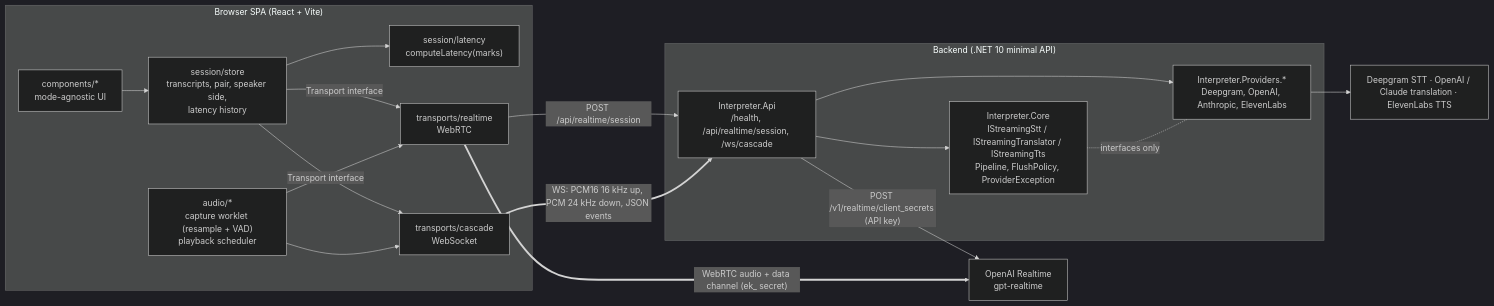
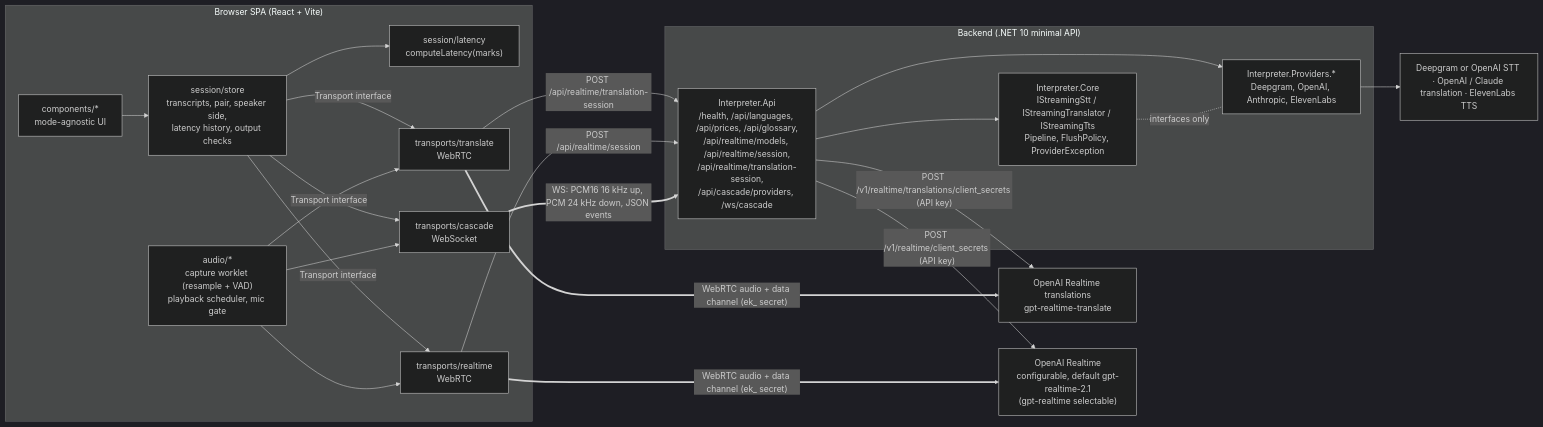
One commit to paawandesai/boostlingo-interpreter changed the first of 4 diagrams in docs/ARCHITECTURE.md. Above: the diagram before and after it, drawn with Mermaid (dark theme). The commit also changed other lines of this file, not shown here.

First line of the commit message:
docs(architecture): three transports, the translation-session route and the real Transport interface

````diff
--- a/docs/ARCHITECTURE.md
+++ b/docs/ARCHITECTURE.md
@@ -7,32 +12,38 @@
 ```mermaid
 flowchart LR
   subgraph Browser["Browser SPA (React + Vite)"]
     UI["components/*<br/>mode-agnostic UI"]
-    Store["session/store<br/>transcripts, pair, speaker side,<br/>latency history"]
+    Store["session/store<br/>transcripts, pair, speaker side,<br/>latency history, output checks"]
     Calc["session/latency<br/>computeLatency(marks)"]
-    Audio["audio/*<br/>capture worklet (resample + VAD)<br/>playback scheduler"]
+    Audio["audio/*<br/>capture worklet (resample + VAD)<br/>playback scheduler, mic gate"]
+    TT["transports/translate<br/>WebRTC"]
     RT["transports/realtime<br/>WebRTC"]
     CT["transports/cascade<br/>WebSocket"]
     UI --> Store
     Store --> Calc
+    Store -- "Transport interface" --> TT
     Store -- "Transport interface" --> RT
     Store -- "Transport interface" --> CT
+    Audio --> TT
     Audio --> RT
     Audio --> CT
   end
 
   subgraph Server["Backend (.NET 10 minimal API)"]
-    Api["Interpreter.Api<br/>/health, /api/realtime/session, /ws/cascade"]
+    Api["Interpreter.Api<br/>/health, /api/languages, /api/prices, /api/glossary,<br/>/api/realtime/models, /api/realtime/session,<br/>/api/realtime/translation-session,<br/>/api/cascade/providers, /ws/cascade"]
     Core["Interpreter.Core<br/>IStreamingStt / IStreamingTranslator / IStreamingTts<br/>Pipeline, FlushPolicy, ProviderException"]
     Prov["Interpreter.Providers.*<br/>Deepgram, OpenAI, Anthropic, ElevenLabs"]
     Api --> Core
     Api --> Prov
     Core -. "interfaces only" .- Prov
   end
 
+  TT -- "POST /api/realtime/translation-session" --> Api
   RT -- "POST /api/realtime/session" --> Api
-  RT == "WebRTC audio + data channel (ek_ secret)" ==> OpenAI["OpenAI Realtime<br/>gpt-realtime"]
-  Api -- "POST /v1/realtime/client_secrets (API key)" --> OpenAI
+  TT == "WebRTC audio + data channel (ek_ secret)" ==> OAT["OpenAI Realtime translations<br/>gpt-realtime-translate"]
+  RT == "WebRTC audio + data channel (ek_ secret)" ==> OAI["OpenAI Realtime<br/>configurable, default gpt-realtime-2.1<br/>(gpt-realtime selectable)"]
+  Api -- "POST /v1/realtime/client_secrets (API key)" --> OAI
+  Api -- "POST /v1/realtime/translations/client_secrets (API key)" --> OAT
   CT == "WS: PCM16 16 kHz up, PCM 24 kHz down, JSON events" ==> Api
-  Prov --> Vendors["Deepgram STT · OpenAI / Claude translation · ElevenLabs TTS"]
+  Prov --> Vendors["Deepgram or OpenAI STT · OpenAI / Claude translation · ElevenLabs TTS"]
 ```
````
